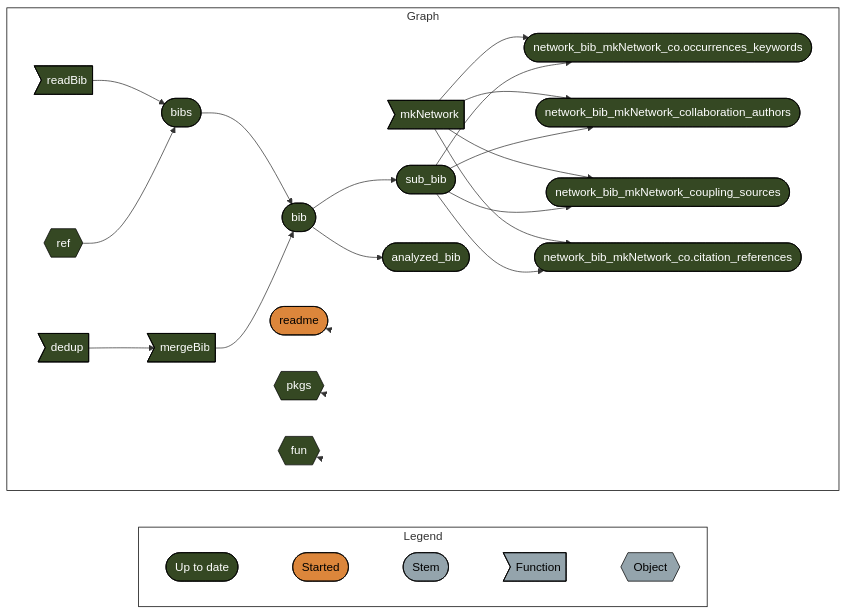
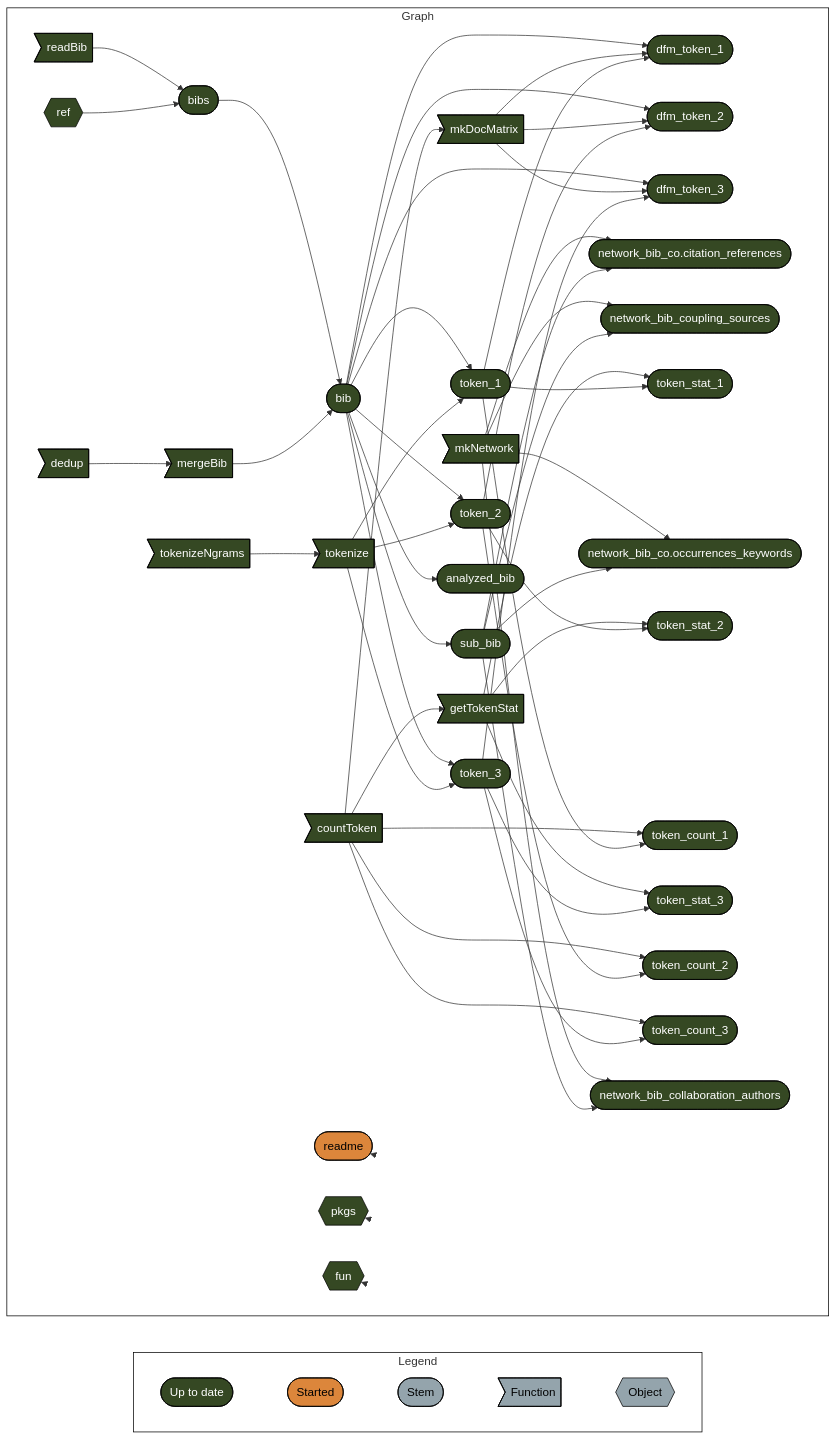
One commit to namakala/resilience-bibliometrics changed the diagram in README.md. Above: the diagram before and after it, drawn with Mermaid. The commit also changed other lines of this file and 3 other files, not shown here.

````diff
--- a/README.md
+++ b/README.md
@@ -73,43 +69,73 @@
 ``` mermaid
 graph LR
   style Legend fill:#FFFFFF00,stroke:#000000;
   style Graph fill:#FFFFFF00,stroke:#000000;
   subgraph Legend
     direction LR
     x7420bd9270f8d27d([""Up to date""]):::uptodate --- x5b3426b4c7fa7dbc([""Started""]):::started
     x5b3426b4c7fa7dbc([""Started""]):::started --- xbf4603d6c2c2ad6b([""Stem""]):::none
     xbf4603d6c2c2ad6b([""Stem""]):::none --- xf0bce276fe2b9d3e>""Function""]:::none
     xf0bce276fe2b9d3e>""Function""]:::none --- x5bffbffeae195fc9{{""Object""}}:::none
   end
   subgraph Graph
     direction LR
     x2e3537559af5fbf8>"dedup"]:::uptodate --> x9e9a67411fa60786>"mergeBib"]:::uptodate
-    xe8106633484dc4fe>"mkNetwork"]:::uptodate --> xd3f20a2f996e26ce(["network_bib_mkNetwork_co.occurrences_keywords"]):::uptodate
-    x1592aa0a5fd55f23(["sub_bib"]):::uptodate --> xd3f20a2f996e26ce(["network_bib_mkNetwork_co.occurrences_keywords"]):::uptodate
+    xe55316a1f7b4fae4>"tokenizeNgrams"]:::uptodate --> x86247b0b8f4cd373>"tokenize"]:::uptodate
+    x8c84eb080ccbef92>"countToken"]:::uptodate --> xc93041fcb624a462>"mkDocMatrix"]:::uptodate
+    x8c84eb080ccbef92>"countToken"]:::uptodate --> x5b3deeac8d9d74fb>"getTokenStat"]:::uptodate
+    x2f7ce3a74217c3eb(["bib"]):::uptodate --> x07843bd95bfde64b(["dfm_token_1"]):::uptodate
+    xc93041fcb624a462>"mkDocMatrix"]:::uptodate --> x07843bd95bfde64b(["dfm_token_1"]):::uptodate
+    x3115d41a9a868779(["token_1"]):::uptodate --> x07843bd95bfde64b(["dfm_token_1"]):::uptodate
+    x2f7ce3a74217c3eb(["bib"]):::uptodate --> xff02ab3affa8bcbd(["dfm_token_2"]):::uptodate
+    xc93041fcb624a462>"mkDocMatrix"]:::uptodate --> xff02ab3affa8bcbd(["dfm_token_2"]):::uptodate
+    xe379b3a87aa6402a(["token_2"]):::uptodate --> xff02ab3affa8bcbd(["dfm_token_2"]):::uptodate
+    x2f7ce3a74217c3eb(["bib"]):::uptodate --> x124d63120f617387(["dfm_token_3"]):::uptodate
+    xc93041fcb624a462>"mkDocMatrix"]:::uptodate --> x124d63120f617387(["dfm_token_3"]):::uptodate
+    xf1bba0d245da2dfd(["token_3"]):::uptodate --> x124d63120f617387(["dfm_token_3"]):::uptodate
+    xe8106633484dc4fe>"mkNetwork"]:::uptodate --> xb8fe725f31aeab81(["network_bib_co.citation_references"]):::uptodate
+    x1592aa0a5fd55f23(["sub_bib"]):::uptodate --> xb8fe725f31aeab81(["network_bib_co.citation_references"]):::uptodate
+    x2f7ce3a74217c3eb(["bib"]):::uptodate --> x3115d41a9a868779(["token_1"]):::uptodate
+    x86247b0b8f4cd373>"tokenize"]:::uptodate --> x3115d41a9a868779(["token_1"]):::uptodate
+    x2f7ce3a74217c3eb(["bib"]):::uptodate --> xe379b3a87aa6402a(["token_2"]):::uptodate
+    x86247b0b8f4cd373>"tokenize"]:::uptodate --> xe379b3a87aa6402a(["token_2"]):::uptodate
+    xe8106633484dc4fe>"mkNetwork"]:::uptodate --> x08fd35004ffd1a5e(["network_bib_coupling_sources"]):::uptodate
+    x1592aa0a5fd55f23(["sub_bib"]):::uptodate --> x08fd35004ffd1a5e(["network_bib_coupling_sources"]):::uptodate
+    x2f7ce3a74217c3eb(["bib"]):::uptodate --> xf1bba0d245da2dfd(["token_3"]):::uptodate
+    x86247b0b8f4cd373>"tokenize"]:::uptodate --> xf1bba0d245da2dfd(["token_3"]):::uptodate
+    x5b3deeac8d9d74fb>"getTokenStat"]:::uptodate --> xcaaf7c7bd8e35ab0(["token_stat_1"]):::uptodate
+    x3115d41a9a868779(["token_1"]):::uptodate --> xcaaf7c7bd8e35ab0(["token_stat_1"]):::uptodate
+    xe8106633484dc4fe>"mkNetwork"]:::uptodate --> x8a9d43035347248b(["network_bib_co.occurrences_keywords"]):::uptodate
+    x1592aa0a5fd55f23(["sub_bib"]):::uptodate --> x8a9d43035347248b(["network_bib_co.occurrences_keywords"]):::uptodate
+    x5b3deeac8d9d74fb>"getTokenStat"]:::uptodate --> x4278c1afaa4bd567(["token_stat_2"]):::uptodate
+    xe379b3a87aa6402a(["token_2"]):::uptodate --> x4278c1afaa4bd567(["token_stat_2"]):::uptodate
+    x8c84eb080ccbef92>"countToken"]:::uptodate --> x0a25155295475de3(["token_count_1"]):::uptodate
+    x3115d41a9a868779(["token_1"]):::uptodate --> x0a25155295475de3(["token_count_1"]):::uptodate
+    x5b3deeac8d9d74fb>"getTokenStat"]:::uptodate --> x4c26d0b91e560ca7(["token_stat_3"]):::uptodate
+    xf1bba0d245da2dfd(["token_3"]):::uptodate --> x4c26d0b91e560ca7(["token_stat_3"]):::uptodate
+    x8c84eb080ccbef92>"countToken"]:::uptodate --> x4a99a33f2cffd9a2(["token_count_2"]):::uptodate
+    xe379b3a87aa6402a(["token_2"]):::uptodate --> x4a99a33f2cffd9a2(["token_count_2"]):::uptodate
+    x8c84eb080ccbef92>"countToken"]:::uptodate --> x1bf731753ea8de12(["token_count_3"]):::uptodate
+    xf1bba0d245da2dfd(["token_3"]):::uptodate --> x1bf731753ea8de12(["token_count_3"]):::uptodate
     xb2d44098e9dbb607(["bibs"]):::uptodate --> x2f7ce3a74217c3eb(["bib"]):::uptodate
     x9e9a67411fa60786>"mergeBib"]:::uptodate --> x2f7ce3a74217c3eb(["bib"]):::uptodate
-    xe8106633484dc4fe>"mkNetwork"]:::uptodate --> xbdb58136cfeec83a(["network_bib_mkNetwork_collaboration_authors"]):::uptodate
-    x1592aa0a5fd55f23(["sub_bib"]):::uptodate --> xbdb58136cfeec83a(["network_bib_mkNetwork_collaboration_authors"]):::uptodate
     x2f7ce3a74217c3eb(["bib"]):::uptodate --> x5d0137cf25dee142(["analyzed_bib"]):::uptodate
+    xe8106633484dc4fe>"mkNetwork"]:::uptodate --> xf693832e59b3c0b7(["network_bib_collaboration_authors"]):::uptodate
+    x1592aa0a5fd55f23(["sub_bib"]):::uptodate --> xf693832e59b3c0b7(["network_bib_collaboration_authors"]):::uptodate
     xffb09e21cb2bb0ec>"readBib"]:::uptodate --> xb2d44098e9dbb607(["bibs"]):::uptodate
     xc5a9e5584c3f223f{{"ref"}}:::uptodate --> xb2d44098e9dbb607(["bibs"]):::uptodate
-    xe8106633484dc4fe>"mkNetwork"]:::uptodate --> x1f29d4abcfe1d32a(["network_bib_mkNetwork_coupling_sources"]):::uptodate
-    x1592aa0a5fd55f23(["sub_bib"]):::uptodate --> x1f29d4abcfe1d32a(["network_bib_mkNetwork_coupling_sources"]):::uptodate
     x2f7ce3a74217c3eb(["bib"]):::uptodate --> x1592aa0a5fd55f23(["sub_bib"]):::uptodate
-    xe8106633484dc4fe>"mkNetwork"]:::uptodate --> x3d74a378a58dff6e(["network_bib_mkNetwork_co.citation_references"]):::uptodate
-    x1592aa0a5fd55f23(["sub_bib"]):::uptodate --> x3d74a378a58dff6e(["network_bib_mkNetwork_co.citation_references"]):::uptodate
     x6e52cb0f1668cc22(["readme"]):::started --> x6e52cb0f1668cc22(["readme"]):::started
     x2d15849e3198e8d1{{"pkgs"}}:::uptodate --> x2d15849e3198e8d1{{"pkgs"}}:::uptodate
     x22b0201614333ef4{{"fun"}}:::uptodate --> x22b0201614333ef4{{"fun"}}:::uptodate
   end
   classDef uptodate stroke:#000000,color:#ffffff,fill:#354823;
   classDef started stroke:#000000,color:#000000,fill:#DC863B;
   classDef none stroke:#000000,color:#000000,fill:#94a4ac;
   linkStyle 0 stroke-width:0px;
   linkStyle 1 stroke-width:0px;
   linkStyle 2 stroke-width:0px;
   linkStyle 3 stroke-width:0px;
-  linkStyle 19 stroke-width:0px;
-  linkStyle 20 stroke-width:0px;
-  linkStyle 21 stroke-width:0px;
+  linkStyle 49 stroke-width:0px;
+  linkStyle 50 stroke-width:0px;
+  linkStyle 51 stroke-width:0px;
 ```
````
